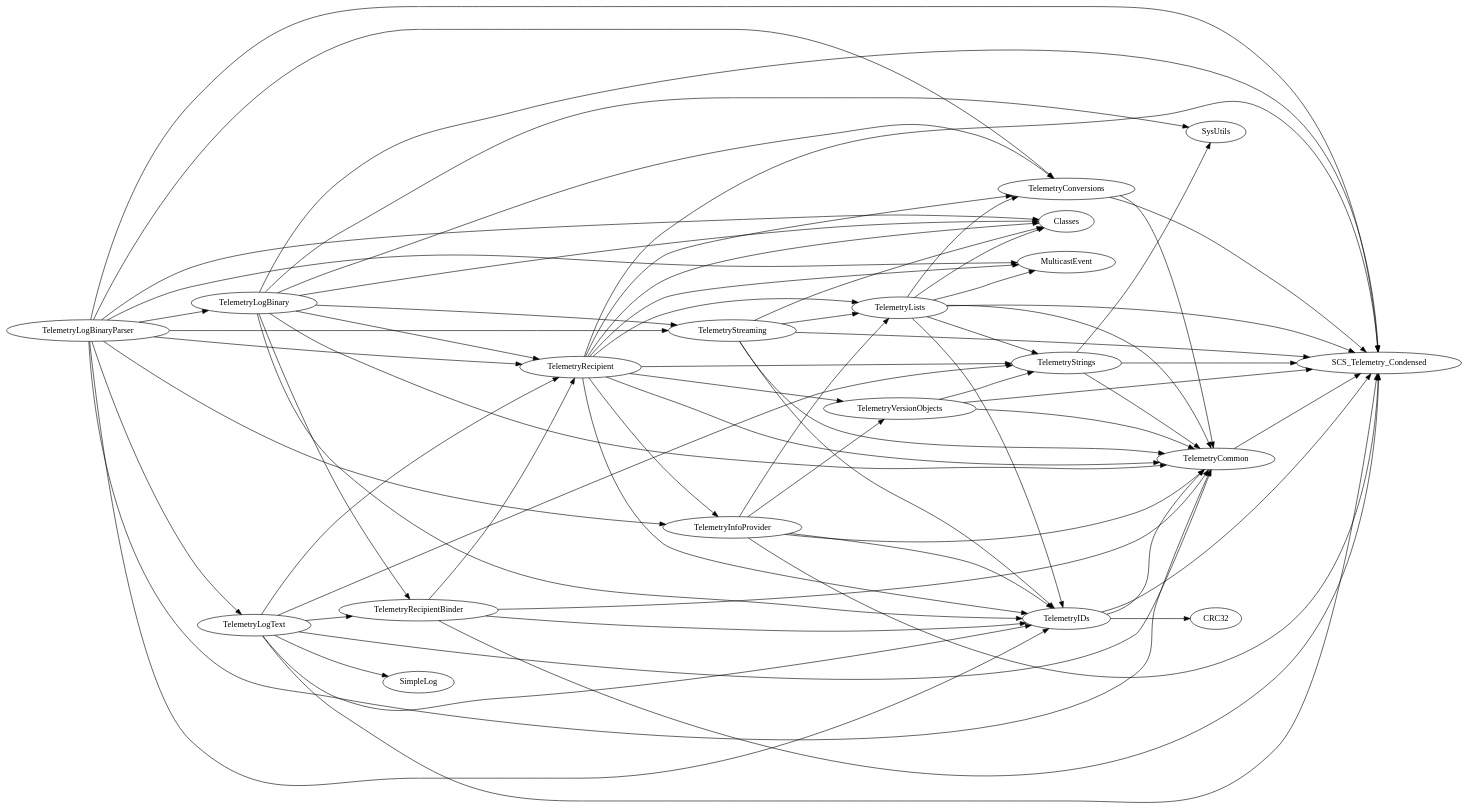
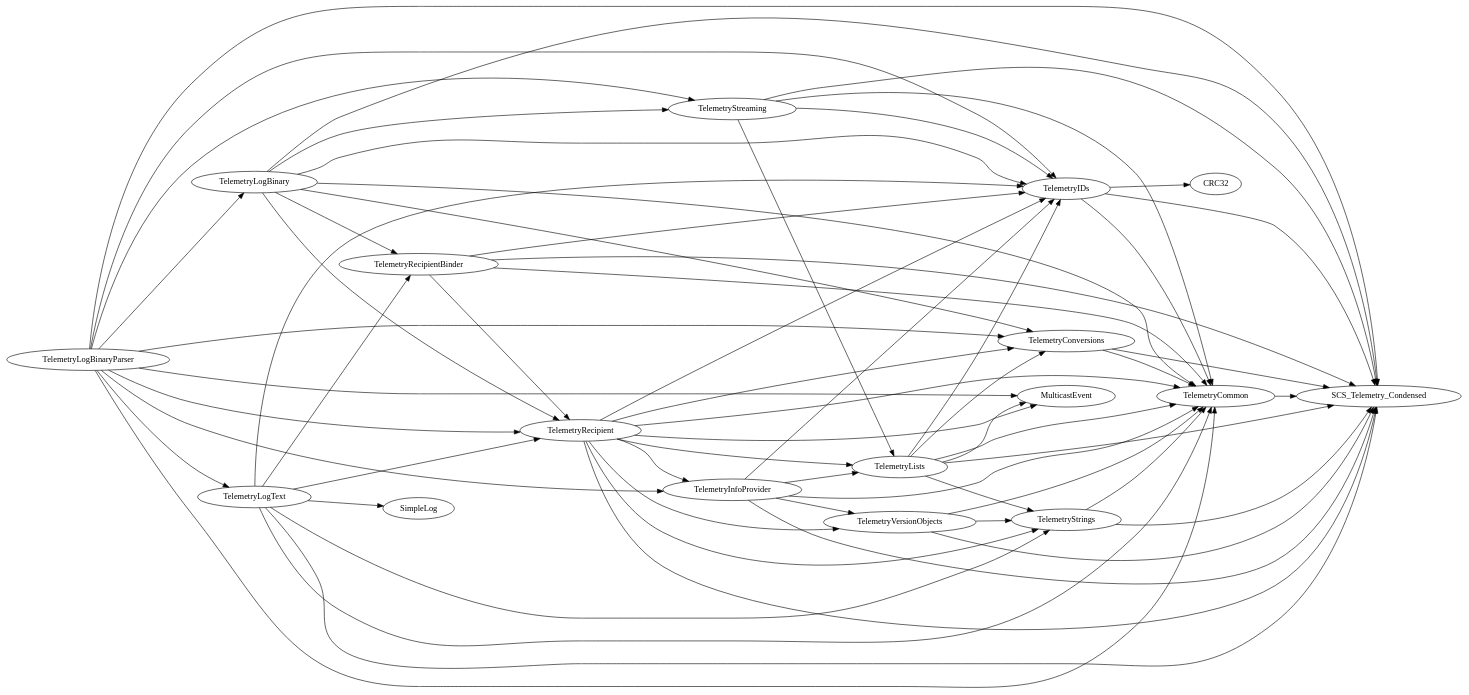
The diagram in Telemetry Library/Documentation/GVUses.dot (TheLazyTomcat/TelemetryLibrary), drawn with Graphviz before and after one commit. The commit also changed 95 other files, not shown here.

```diff
--- a/Telemetry Library/Documentation/GVUses.dot
+++ b/Telemetry Library/Documentation/GVUses.dot
@@ -1,86 +1,79 @@
 DiGraph Uses {
   rankdir="LR"
   "TelemetryCommon" -> "SCS_Telemetry_Condensed"
   "TelemetryCommon" [href="TelemetryCommon.html"]
   "TelemetryConversions" -> "TelemetryCommon"
   "TelemetryConversions" -> "SCS_Telemetry_Condensed"
   "TelemetryConversions" [href="TelemetryConversions.html"]
   "TelemetryIDs" -> "CRC32"
   "TelemetryIDs" -> "TelemetryCommon"
   "TelemetryIDs" -> "SCS_Telemetry_Condensed"
   "TelemetryIDs" [href="TelemetryIDs.html"]
   "TelemetryInfoProvider" -> "TelemetryIDs"
   "TelemetryInfoProvider" -> "TelemetryLists"
   "TelemetryInfoProvider" -> "TelemetryVersionObjects"
   "TelemetryInfoProvider" -> "TelemetryCommon"
   "TelemetryInfoProvider" -> "SCS_Telemetry_Condensed"
   "TelemetryInfoProvider" [href="TelemetryInfoProvider.html"]
-  "TelemetryLists" -> "Classes"
   "TelemetryLists" -> "MulticastEvent"
   "TelemetryLists" -> "TelemetryCommon"
   "TelemetryLists" -> "TelemetryIDs"
   "TelemetryLists" -> "TelemetryConversions"
   "TelemetryLists" -> "TelemetryStrings"
   "TelemetryLists" -> "SCS_Telemetry_Condensed"
   "TelemetryLists" [href="TelemetryLists.html"]
-  "TelemetryLogBinary" -> "SysUtils"
-  "TelemetryLogBinary" -> "Classes"
   "TelemetryLogBinary" -> "TelemetryCommon"
   "TelemetryLogBinary" -> "TelemetryIDs"
   "TelemetryLogBinary" -> "TelemetryRecipient"
   "TelemetryLogBinary" -> "TelemetryRecipientBinder"
   "TelemetryLogBinary" -> "TelemetryConversions"
   "TelemetryLogBinary" -> "TelemetryStreaming"
   "TelemetryLogBinary" -> "SCS_Telemetry_Condensed"
   "TelemetryLogBinary" [href="TelemetryLogBinary.html"]
-  "TelemetryLogBinaryParser" -> "Classes"
   "TelemetryLogBinaryParser" -> "MulticastEvent"
   "TelemetryLogBinaryParser" -> "TelemetryCommon"
   "TelemetryLogBinaryParser" -> "TelemetryIDs"
   "TelemetryLogBinaryParser" -> "TelemetryInfoProvider"
   "TelemetryLogBinaryParser" -> "TelemetryRecipient"
   "TelemetryLogBinaryParser" -> "TelemetryLogText"
   "TelemetryLogBinaryParser" -> "TelemetryLogBinary"
   "TelemetryLogBinaryParser" -> "TelemetryConversions"
   "TelemetryLogBinaryParser" -> "TelemetryStreaming"
   "TelemetryLogBinaryParser" -> "SCS_Telemetry_Condensed"
   "TelemetryLogBinaryParser" [href="TelemetryLogBinaryParser.html"]
   "TelemetryLogText" -> "SimpleLog"
   "TelemetryLogText" -> "TelemetryCommon"
   "TelemetryLogText" -> "TelemetryIDs"
   "TelemetryLogText" -> "TelemetryRecipient"
   "TelemetryLogText" -> "TelemetryRecipientBinder"
   "TelemetryLogText" -> "TelemetryStrings"
   "TelemetryLogText" -> "SCS_Telemetry_Condensed"
   "TelemetryLogText" [href="TelemetryLogText.html"]
-  "TelemetryRecipient" -> "Classes"
   "TelemetryRecipient" -> "MulticastEvent"
   "TelemetryRecipient" -> "TelemetryCommon"
   "TelemetryRecipient" -> "TelemetryIDs"
   "TelemetryRecipient" -> "TelemetryLists"
   "TelemetryRecipient" -> "TelemetryVersionObjects"
   "TelemetryRecipient" -> "TelemetryInfoProvider"
   "TelemetryRecipient" -> "TelemetryConversions"
   "TelemetryRecipient" -> "TelemetryStrings"
   "TelemetryRecipient" -> "SCS_Telemetry_Condensed"
   "TelemetryRecipient" [href="TelemetryRecipient.html"]
   "TelemetryRecipientBinder" -> "TelemetryCommon"
   "TelemetryRecipientBinder" -> "TelemetryIDs"
   "TelemetryRecipientBinder" -> "TelemetryRecipient"
   "TelemetryRecipientBinder" -> "SCS_Telemetry_Condensed"
   "TelemetryRecipientBinder" [href="TelemetryRecipientBinder.html"]
-  "TelemetryStreaming" -> "Classes"
   "TelemetryStreaming" -> "TelemetryCommon"
   "TelemetryStreaming" -> "TelemetryIDs"
   "TelemetryStreaming" -> "TelemetryLists"
   "TelemetryStreaming" -> "SCS_Telemetry_Condensed"
   "TelemetryStreaming" [href="TelemetryStreaming.html"]
-  "TelemetryStrings" -> "SysUtils"
   "TelemetryStrings" -> "TelemetryCommon"
   "TelemetryStrings" -> "SCS_Telemetry_Condensed"
   "TelemetryStrings" [href="TelemetryStrings.html"]
   "TelemetryVersionObjects" -> "TelemetryCommon"
   "TelemetryVersionObjects" -> "TelemetryStrings"
   "TelemetryVersionObjects" -> "SCS_Telemetry_Condensed"
   "TelemetryVersionObjects" [href="TelemetryVersionObjects.html"]
 }
```
